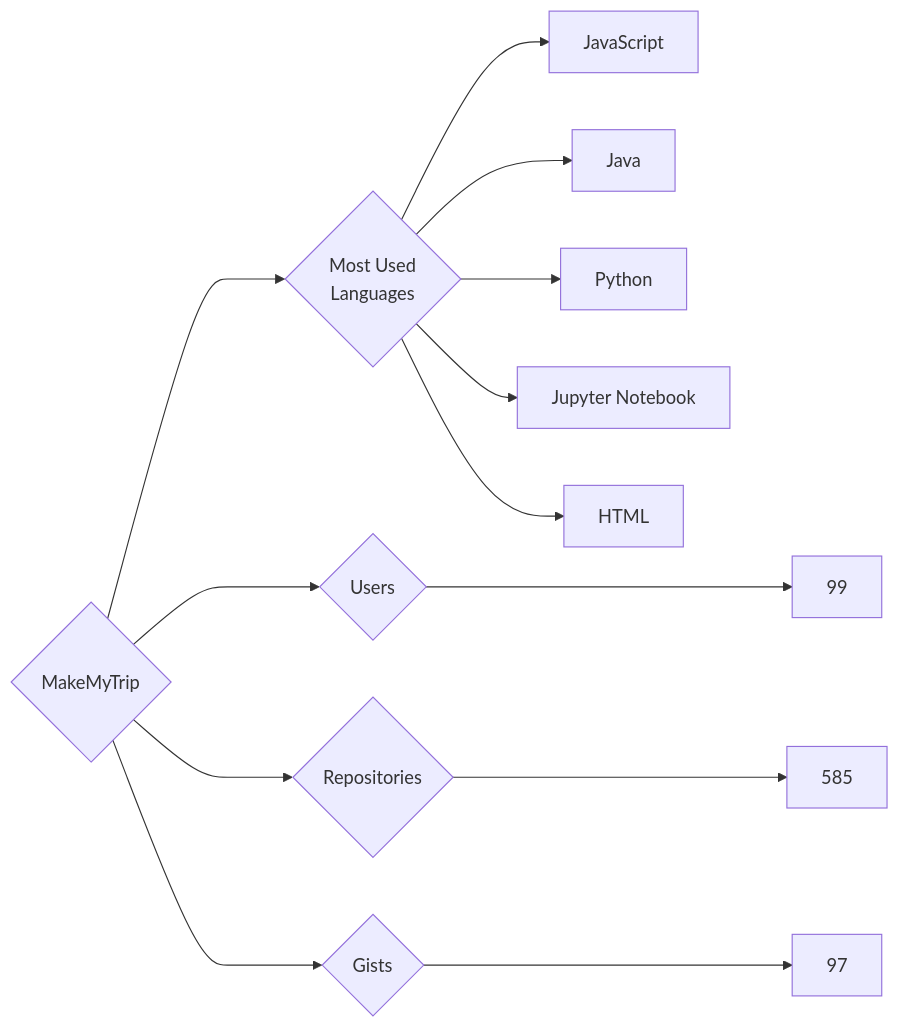
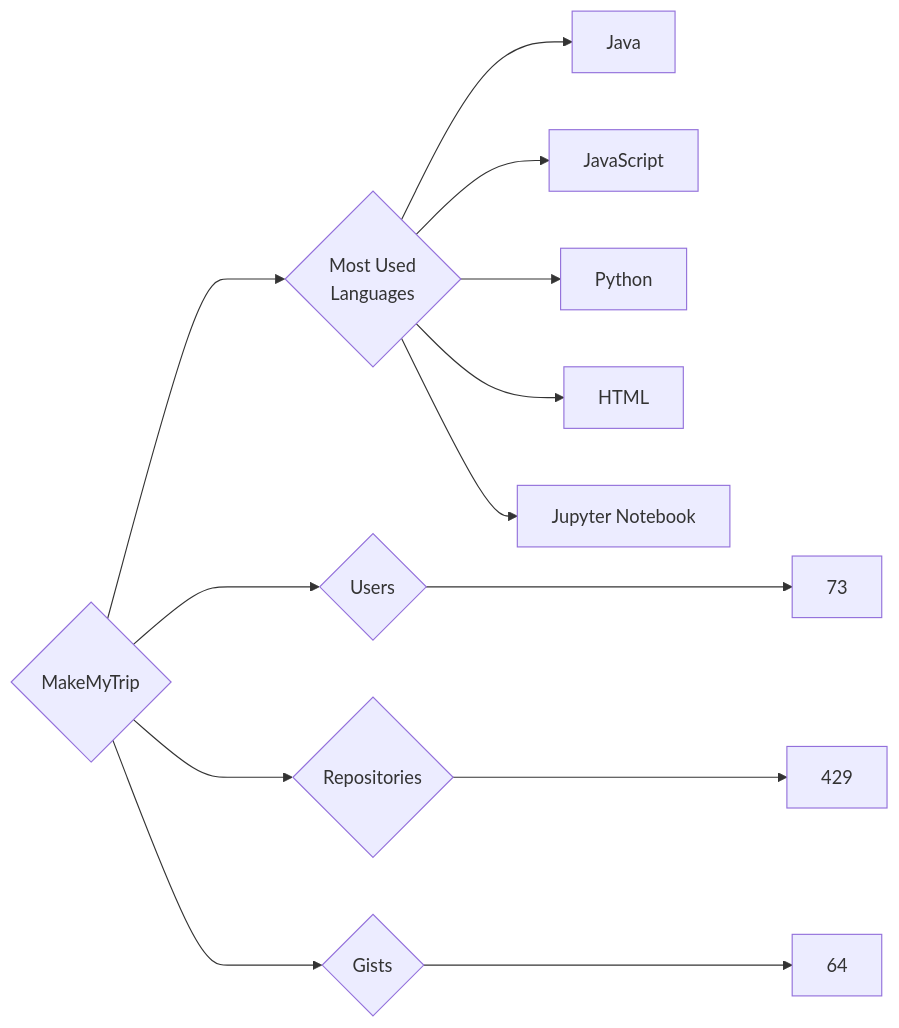
Before and after one commit to trickest/insiders: the diagram in targets/MakeMyTrip/README.md, drawn with Mermaid. The commit also changed 877 other files, not shown here.

````diff
--- a/targets/MakeMyTrip/README.md
+++ b/targets/MakeMyTrip/README.md
@@ -3,13 +3,13 @@
 ```mermaid
 graph LR
 COMPANY_NAME{MakeMyTrip}
-COMPANY_NAME ---> U{Users} ---> UN[99]
-COMPANY_NAME ---> R{Repositories} ---> RN[585]
-COMPANY_NAME ---> G{Gists} ---> GN[97]
+COMPANY_NAME ---> U{Users} ---> UN[73]
+COMPANY_NAME ---> R{Repositories} ---> RN[429]
+COMPANY_NAME ---> G{Gists} ---> GN[64]
 COMPANY_NAME ---> ML{Most Used<br>Languages}
+ML --> Java[Java]
 ML --> JavaScript[JavaScript]
-ML --> Java[Java]
 ML --> Python[Python]
+ML --> HTML[HTML]
 ML --> Jupyter_Notebook[Jupyter Notebook]
-ML --> HTML[HTML]
 ```
````
